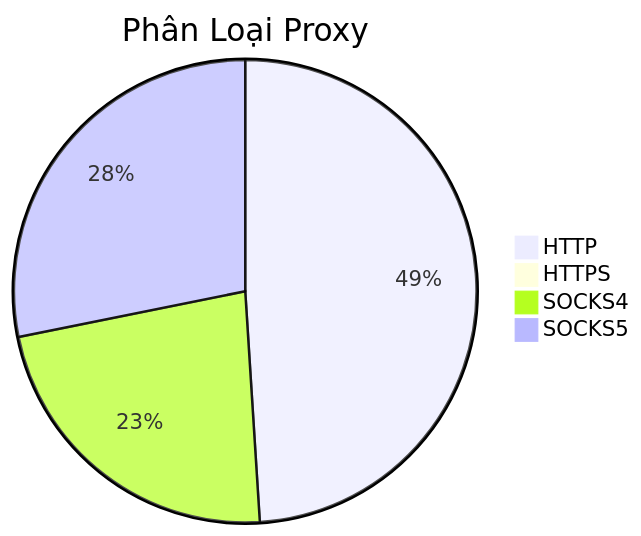
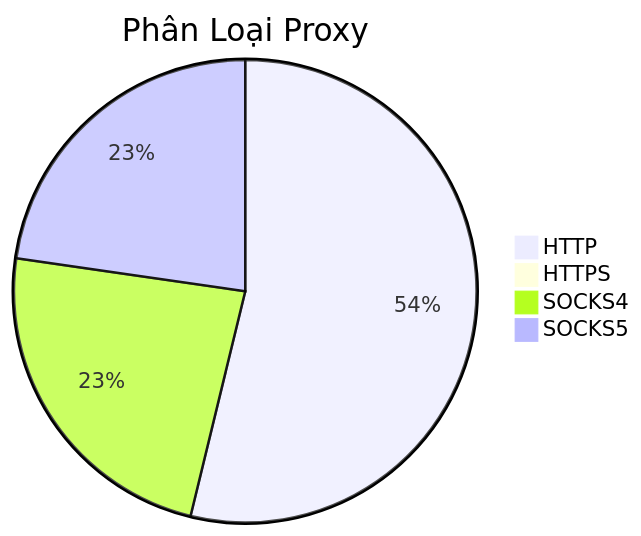
The diagram in README.md (Ciara-12/PROXY-free), drawn with Mermaid before and after one commit. The commit also changed other lines of this file and 4 other files, not shown here.

````diff
--- a/README.md
+++ b/README.md
@@ -26,7 +26,7 @@
 ```mermaid
 pie title Phân Loại Proxy
-    "HTTP" : 487
-    "HTTPS" : 0
-    "SOCKS4" : 227
-    "SOCKS5" : 280
+    "HTTP" : 715
+    "HTTPS" : 1
+    "SOCKS4" : 312
+    "SOCKS5" : 302
 ```
````
